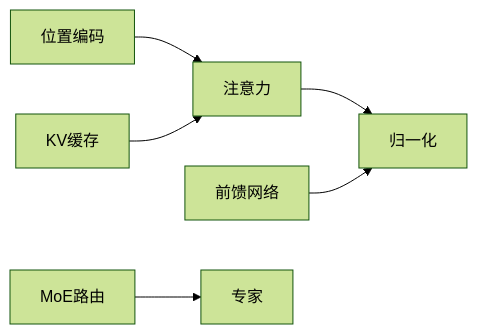
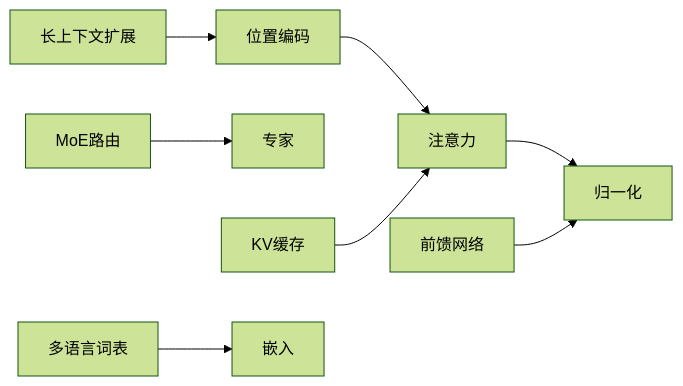
One commit to Mr-Yoje/llm_interview_note changed the ninth of 9 diagrams in .qoder/repowiki/zh/content/大语言模型架构/大语言模型架构.md. Above: the diagram before and after it, drawn with Mermaid (forest theme). The commit also changed other lines of this file and 4 other files, not shown here.

First line of the commit message:
docs(architecture): 更新大语言模型架构与BERT详解

````diff
--- a/.qoder/repowiki/zh/content/大语言模型架构/大语言模型架构.md
+++ b/.qoder/repowiki/zh/content/大语言模型架构/大语言模型架构.md
@@ -278,8 +376,10 @@
 ```mermaid
 graph LR
 Pos["位置编码"] --> Attn["注意力"]
 Attn --> LN["归一化"]
 FFN["前馈网络"] --> LN
 MoE["MoE路由"] --> Exp["专家"]
 KV["KV缓存"] --> Attn
+QEmb["多语言词表"] --> Emb["嵌入"]
+QPos["长上下文扩展"] --> Pos
 ```
````
